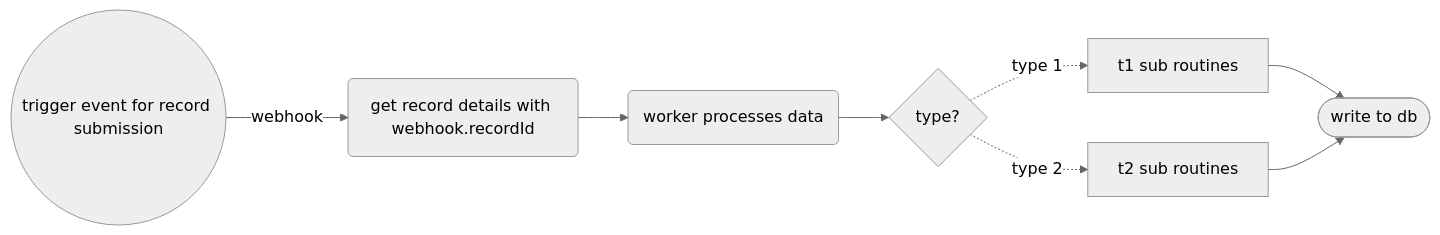
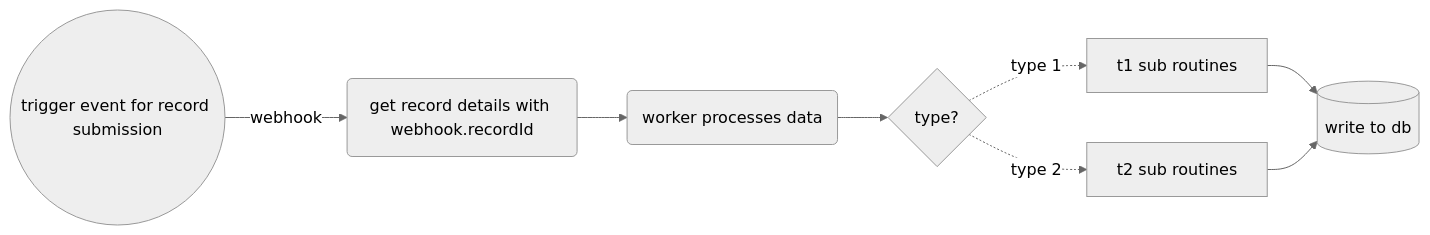
Before and after one commit to roronoaBoi/orkes-poc: the diagram in scripts/README.md, drawn with Mermaid (neutral theme). The commit also changed other lines of this file, not shown here.

````diff
--- a/scripts/README.md
+++ b/scripts/README.md
@@ -8,14 +8,14 @@
 ```mermaid
 graph LR
 A((trigger event for record submission))--webhook-->
 B(get record details with webhook.recordId)-->
 C(worker processes data)-->
 D{type?}
 D-.type 1.->
 E[t1 sub routines]
 D-.type 2.->
 F[t2 sub routines]
-G([write to db])
+G[(write to db)]
 E-->G
 F-->G;
 ```
````
